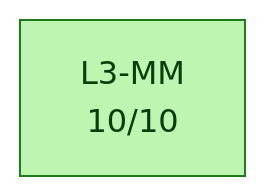
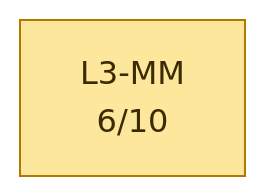
The first of 2 diagrams in pytest/mobile/test_results.md (bbaranoff/tests), drawn with Mermaid before and after one commit. The commit also changed other lines of this file and 129 other files, not shown here.

````diff
--- a/pytest/mobile/test_results.md
+++ b/pytest/mobile/test_results.md
@@ -55,10 +44,10 @@
 ```mermaid
 graph LR
   classDef pass    fill:#bef5b1,stroke:#1f7a1f,color:#0a3d0a;
   classDef partial fill:#fde79c,stroke:#b07a00,color:#3a2c00;
   classDef fail    fill:#fbb4b4,stroke:#a31a1a,color:#5a0000;
   classDef skip    fill:#e0e0e0,stroke:#6a6a6a,color:#333;
   classDef brk  fill:#ff5252,stroke:#990000,color:#fff,stroke-width:3px;
-  P_L3_MM["L3-MM<br/>10/10"]
-  class P_L3_MM pass;
+  P_L3_MM["L3-MM<br/>6/10"]
+  class P_L3_MM partial;
 ```
````
